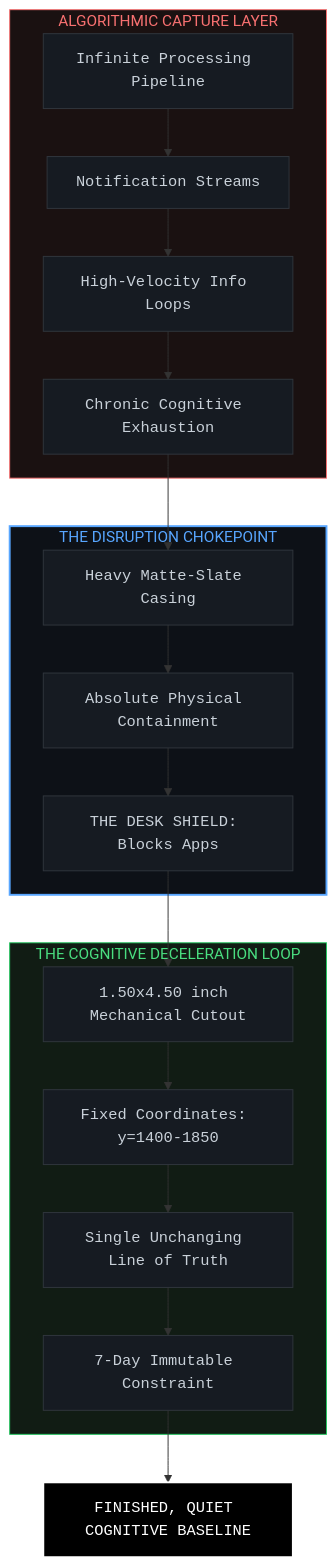
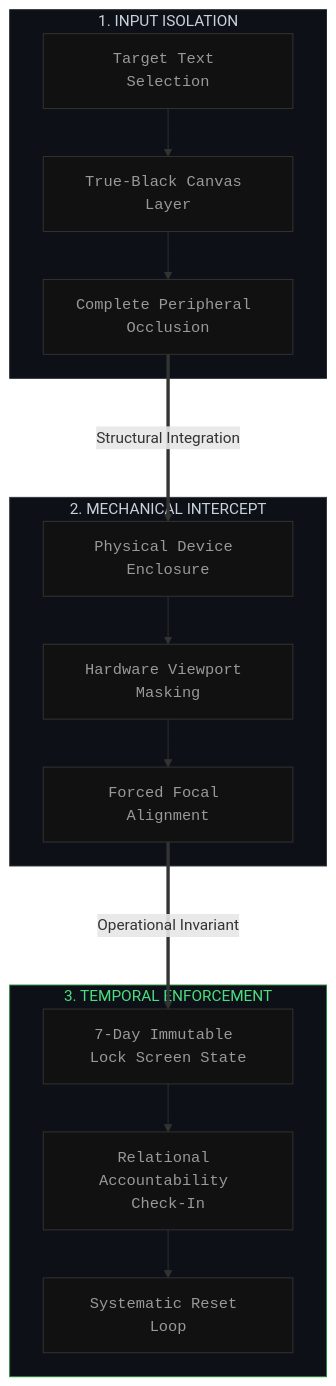
One commit to natemac709/Learning-the-Baseline changed the diagram in README.md. Above: the diagram before and after it, drawn with Mermaid.

Commit message:
Update README.md
change method

````diff
--- a/README.md
+++ b/README.md
@@ -56,34 +56,30 @@
 ```mermaid
 graph TD
-    %% Left Side: The Infinite Digital Loop (The Pathology)
-    subgraph Algorithmic_Capture [ALGORITHMIC CAPTURE LAYER]
-        A1[Infinite Processing Pipeline] --> A2[Notification Streams]
-        A2 --> A3[High-Velocity Info Loops]
-        A3 --> A4[Chronic Cognitive Exhaustion]
+    %% Phase 1: Input Isolation
+    subgraph Phase_1 [1. INPUT ISOLATION]
+        A1[Target Text Selection] --> A2[True-Black Canvas Layer]
+        A2 --> A3[Complete Peripheral Occlusion]
     end
 
-    %% The Heavy Physical Intercept (The Shield)
-    subgraph Physical_Enclosure [THE DISRUPTION CHOKEPOINT]
-        B1[Heavy Matte-Slate Casing] --> B2[Absolute Physical Containment]
-        B2 --> B3[THE DESK SHIELD: Blocks Apps]
+    %% Phase 2: Mechanical Intercept
+    subgraph Phase_2 [2. MECHANICAL INTERCEPT]
+        B1[Physical Device Enclosure] --> B2[Hardware Viewport Masking]
+        B2 --> B3[Forced Focal Alignment]
     end
 
-    %% Right Side: The Isolation Loop (The Baseline)
-    subgraph Visual_Viewport [THE COGNITIVE DECELERATION LOOP]
-        C1[1.50x4.50 inch Mechanical Cutout] --> C2[Fixed Coordinates: y=1400-1850]
-        C2 --> C3[Single Unchanging Line of Truth]
-        C3 --> C4[7-Day Immutable Constraint]
+    %% Phase 3: Temporal Enforcement
+    subgraph Phase_3 [3. TEMPORAL ENFORCEMENT]
+        C1[7-Day Immutable Lock Screen State] --> C2[Relational Accountability Check-In]
+        C2 --> C3[Systematic Reset Loop]
     end
 
-    %% Cross-Subgraph System Flow Connections
-    A4 --> B1
-    B3 --> C1
-    C4 --> D1[FINISHED, QUIET COGNITIVE BASELINE]
+    %% System Architecture Flow
+    A3 ===>|Structural Integration| B1
+    B3 ===>|Operational Invariant| C1
 
-    %% Minimalist Dark System Aesthetics
-    classDef default fill:#161b22,stroke:#30363d,stroke-width:1px,color:#c9d1d9,font-family:monospace;
-    style Algorithmic_Capture fill:#1a1111,stroke:#f87171,stroke-width:1px,color:#f87171;
-    style Physical_Enclosure fill:#0d1117,stroke:#58a6ff,stroke-width:2px,color:#58a6ff;
-    style Visual_Viewport fill:#111c14,stroke:#22c55e,stroke-width:1px,color:#4ade80;
-    style D1 fill:#000000,stroke:#ffffff,stroke-width:2px,color:#ffffff;
+    %% High-Dignity Architecture Styling
+    classDef default fill:#111,stroke:#333,stroke-width:1px,color:#999,font-family:monospace;
+    style Phase_1 fill:#0d1117,stroke:#21262d,stroke-width:1px,color:#c9d1d9;
+    style Phase_2 fill:#0d1117,stroke:#30363d,stroke-width:1px,color:#c9d1d9;
+    style Phase_3 fill:#0d1117,stroke:#238636,stroke-width:1px,color:#4ade80;
 ```
````
